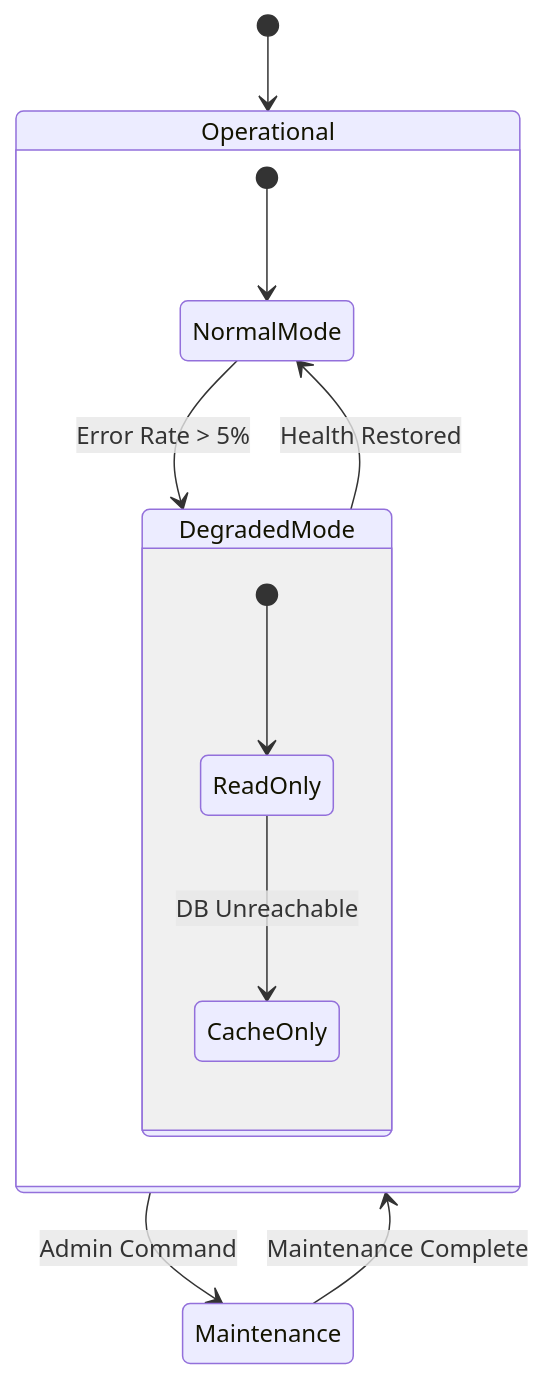
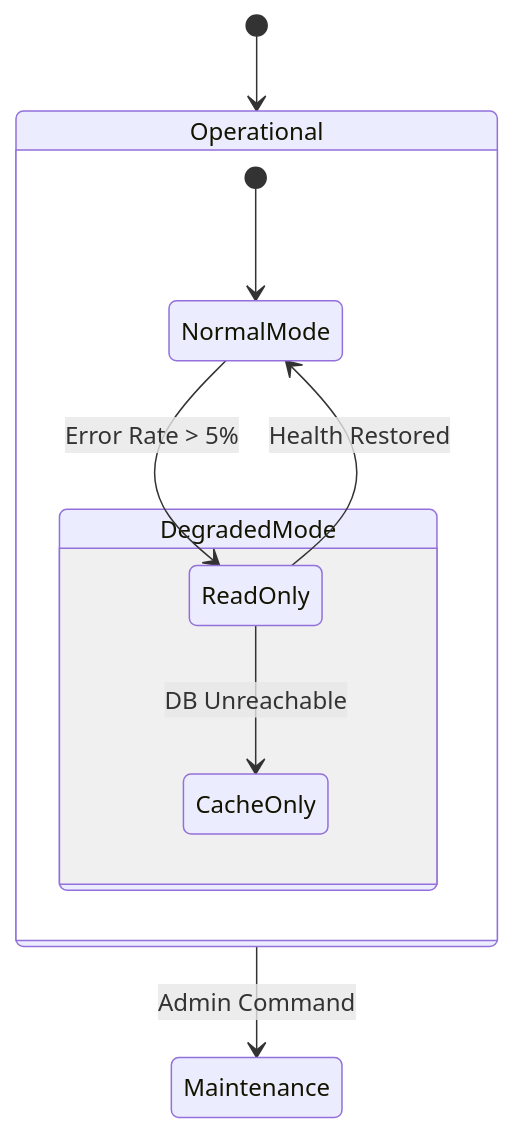
One commit to Mazchoo/Notezilla changed diagram 22 of 46 in src/frontend/static/mermaid_help_manual.md. Above: the diagram before and after it, drawn with Mermaid. The commit also changed other lines of this file, not shown here.

````diff
--- a/src/frontend/static/mermaid_help_manual.md
+++ b/src/frontend/static/mermaid_help_manual.md
@@ -652,18 +642,16 @@
 ```mermaid
 stateDiagram-v2
     [*] --> Operational
 
     state Operational {
         [*] --> NormalMode
-        NormalMode --> DegradedMode : Error Rate > 5%
-        DegradedMode --> NormalMode : Health Restored
-        
+        NormalMode --> ReadOnly : Error Rate > 5%
+        ReadOnly --> NormalMode : Health Restored
+
         state DegradedMode {
-            [*] --> ReadOnly
             ReadOnly --> CacheOnly : DB Unreachable
         }
     }
 
     Operational --> Maintenance : Admin Command
-    Maintenance --> Operational : Maintenance Complete
 ```
````
